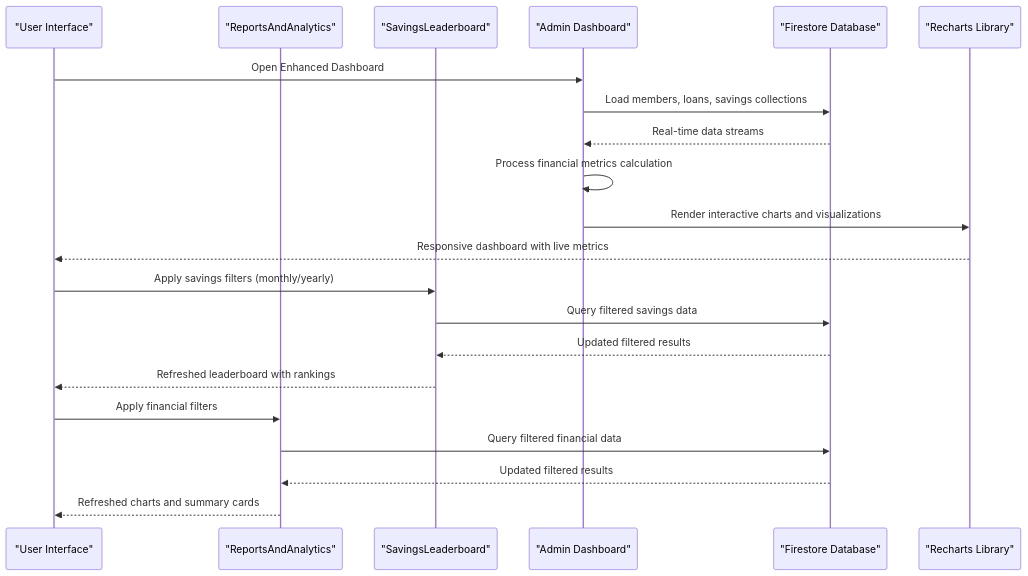
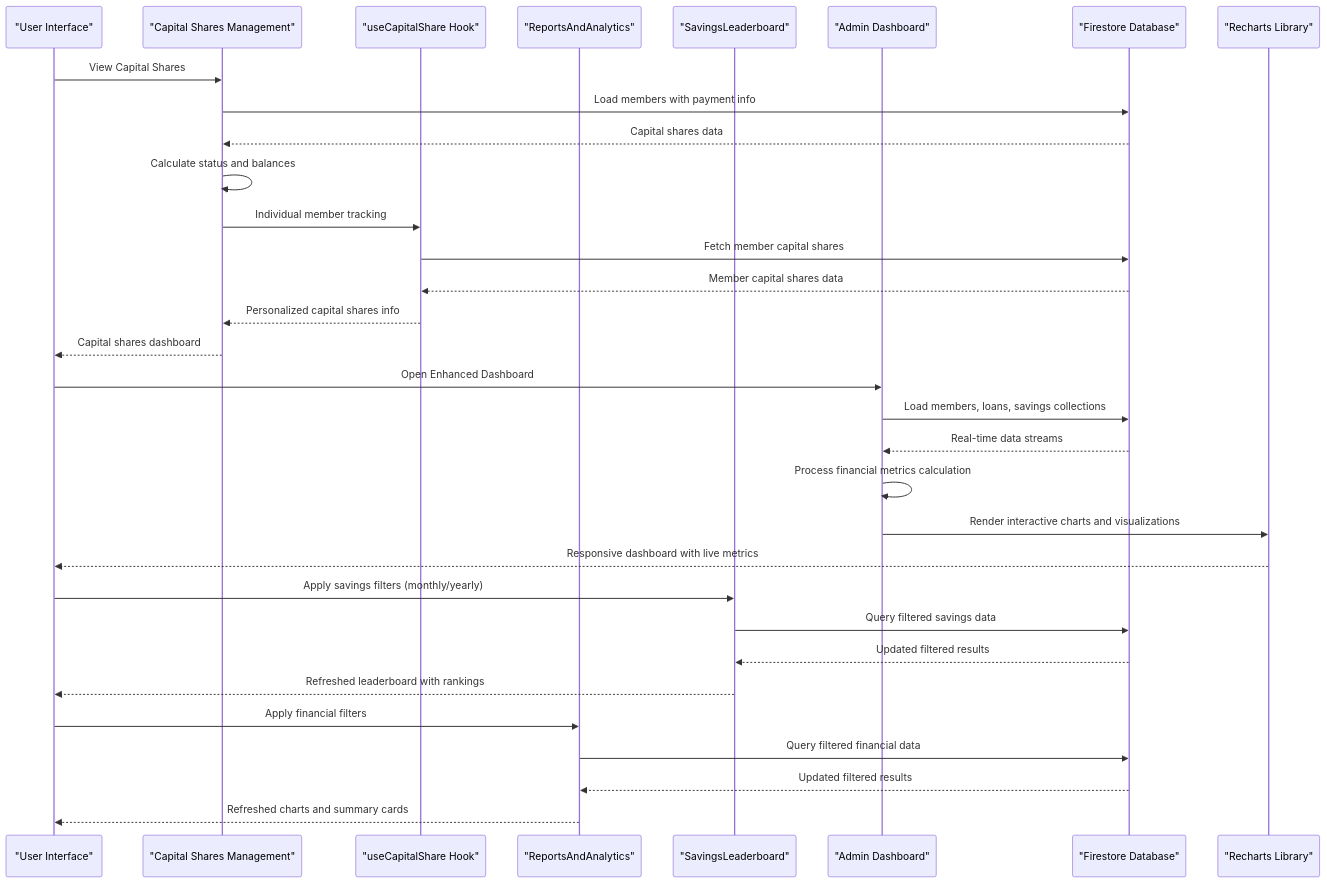
Before and after one commit to Unsure-bry/sampacoop_system: the second of 12 diagrams in .qoder/repowiki/en/content/Project Overview/Core Features & Functionality/Reporting & Analytics.md, drawn with Mermaid. The commit also changed other lines of this file and 5 other files, not shown here.

````diff
--- a/.qoder/repowiki/en/content/Project Overview/Core Features & Functionality/Reporting & Analytics.md
+++ b/.qoder/repowiki/en/content/Project Overview/Core Features & Functionality/Reporting & Analytics.md
@@ -248,23 +303,34 @@
 ```mermaid
 sequenceDiagram
 participant U as "User Interface"
+participant CAP as "Capital Shares Management"
+participant UCSC as "useCapitalShare Hook"
 participant RNA as "ReportsAndAnalytics"
 participant SLB as "SavingsLeaderboard"
 participant AD as "Admin Dashboard"
 participant FS as "Firestore Database"
 participant RC as "Recharts Library"
+U->>CAP : View Capital Shares
+CAP->>FS : Load members with payment info
+FS-->>CAP : Capital shares data
+CAP->>CAP : Calculate status and balances
+CAP->>UCSC : Individual member tracking
+UCSC->>FS : Fetch member capital shares
+FS-->>UCSC : Member capital shares data
+UCSC-->>CAP : Personalized capital shares info
+CAP-->>U : Capital shares dashboard
 U->>AD : Open Enhanced Dashboard
 AD->>FS : Load members, loans, savings collections
 FS-->>AD : Real-time data streams
 AD->>AD : Process financial metrics calculation
 AD->>RC : Render interactive charts and visualizations
 RC-->>U : Responsive dashboard with live metrics
 U->>SLB : Apply savings filters (monthly/yearly)
 SLB->>FS : Query filtered savings data
 FS-->>SLB : Updated filtered results
 SLB-->>U : Refreshed leaderboard with rankings
 U->>RNA : Apply financial filters
 RNA->>FS : Query filtered financial data
 FS-->>RNA : Updated filtered results
 RNA-->>U : Refreshed charts and summary cards
 ```
````
